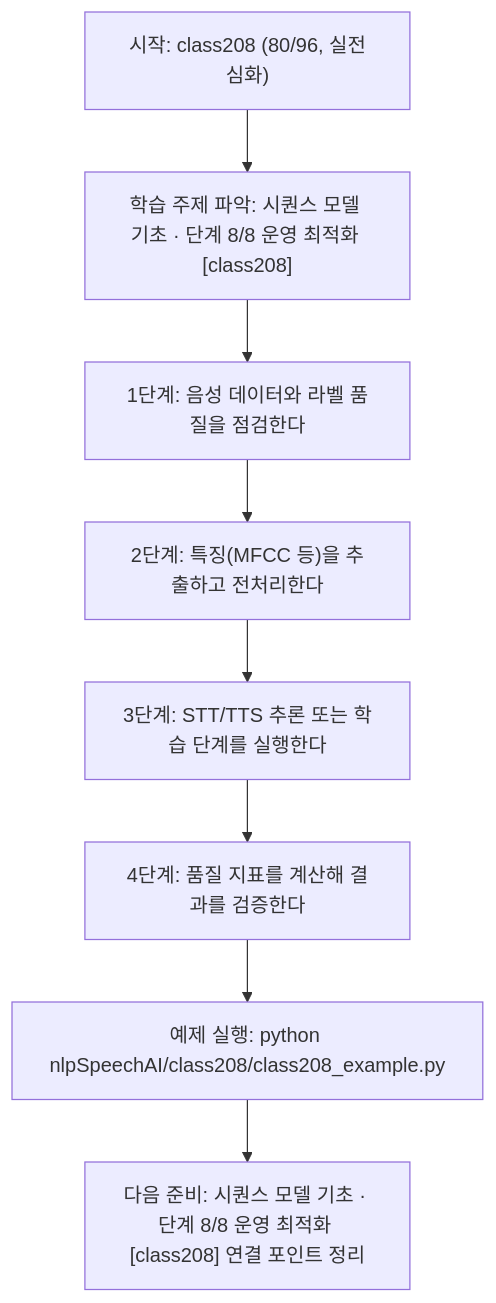
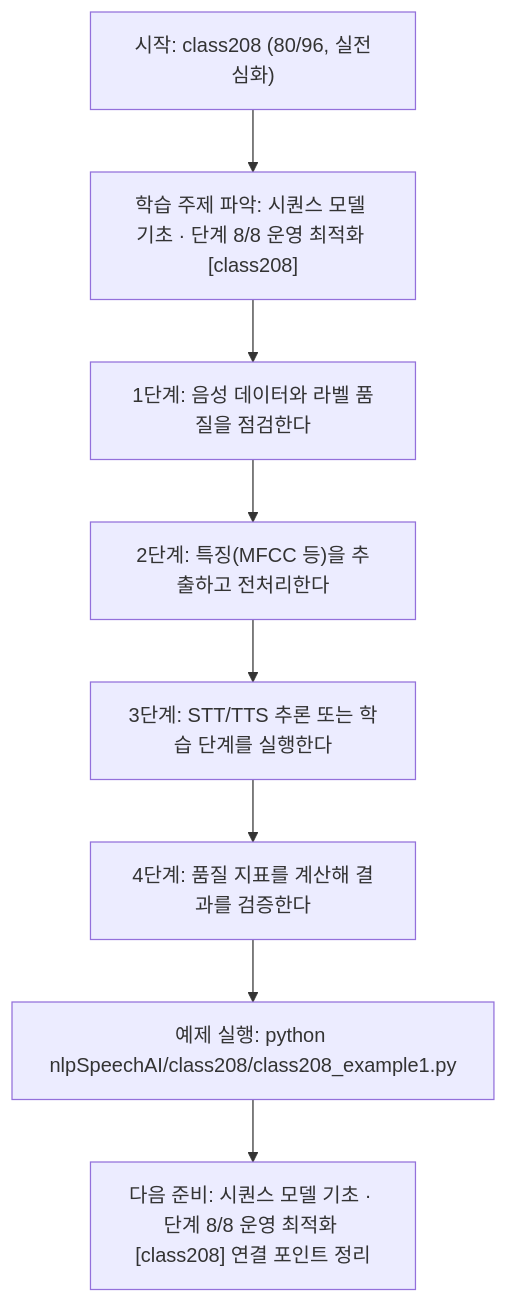
One commit to edumgt/Python-AI_Agent-Class changed the diagram in nlpSpeechAI/class208/class208.md. Above: the diagram before and after it, drawn with Mermaid. The commit also changed other lines of this file and 2959 other files, not shown here.

````diff
--- a/nlpSpeechAI/class208/class208.md
+++ b/nlpSpeechAI/class208/class208.md
@@ -114,18 +114,18 @@
 ```mermaid
 flowchart TD
 N1["시작: class208 (80/96, 실전심화)"]
 N2["학습 주제 파악: 시퀀스 모델 기초 · 단계 8/8 운영 최적화 [class208]"]
 N3["1단계: 음성 데이터와 라벨 품질을 점검한다"]
 N4["2단계: 특징(MFCC 등)을 추출하고 전처리한다"]
 N5["3단계: STT/TTS 추론 또는 학습 단계를 실행한다"]
 N6["4단계: 품질 지표를 계산해 결과를 검증한다"]
-N7["예제 실행: python nlpSpeechAI/class208/class208_example.py"]
+N7["예제 실행: python nlpSpeechAI/class208/class208_example1.py"]
 N8["다음 준비: 시퀀스 모델 기초 · 단계 8/8 운영 최적화 [class208] 연결 포인트 정리"]
 N1 --> N2
 N2 --> N3
 N3 --> N4
 N4 --> N5
 N5 --> N6
 N6 --> N7
 N7 --> N8
 ```
````
